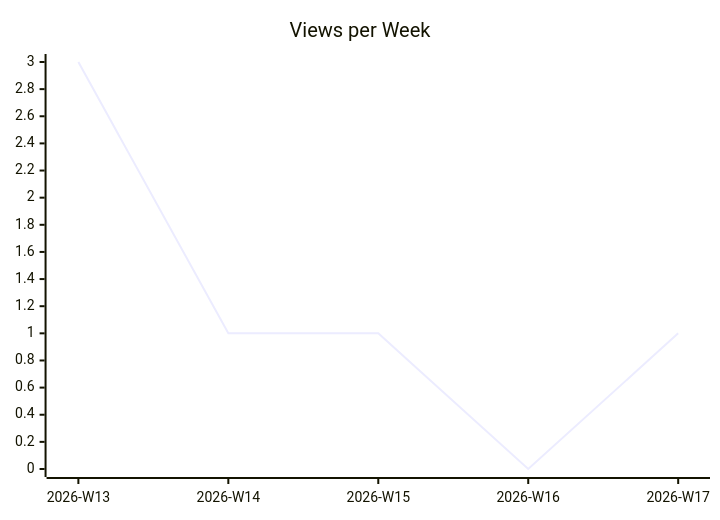
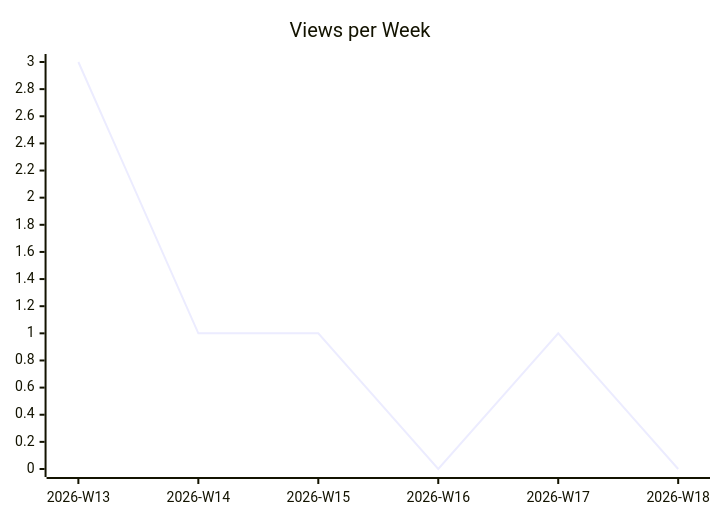
Before and after one commit to justdavis-family/github-analytics-data: the second of 3 diagrams in karlmdavis/rps-tourney/README.md, drawn with Mermaid. The commit also changed other lines of this file and 184 other files, not shown here.

````diff
--- a/karlmdavis/rps-tourney/README.md
+++ b/karlmdavis/rps-tourney/README.md
@@ -12,6 +12,6 @@
 ```mermaid
 xychart-beta
   title "Views per Week"
-  x-axis ["2026-W13", "2026-W14", "2026-W15", "2026-W16", "2026-W17"]
-  line [3, 1, 1, 0, 1]
+  x-axis ["2026-W13", "2026-W14", "2026-W15", "2026-W16", "2026-W17", "2026-W18"]
+  line [3, 1, 1, 0, 1, 0]
 ```
````
